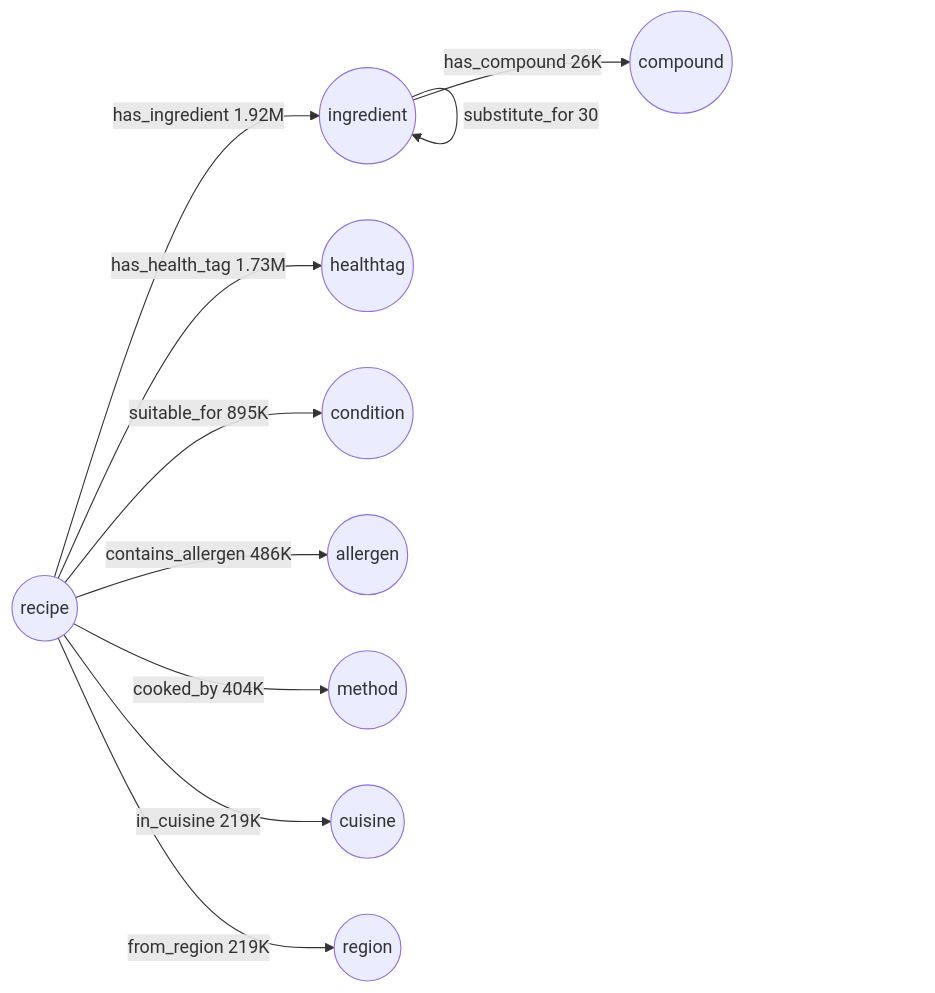
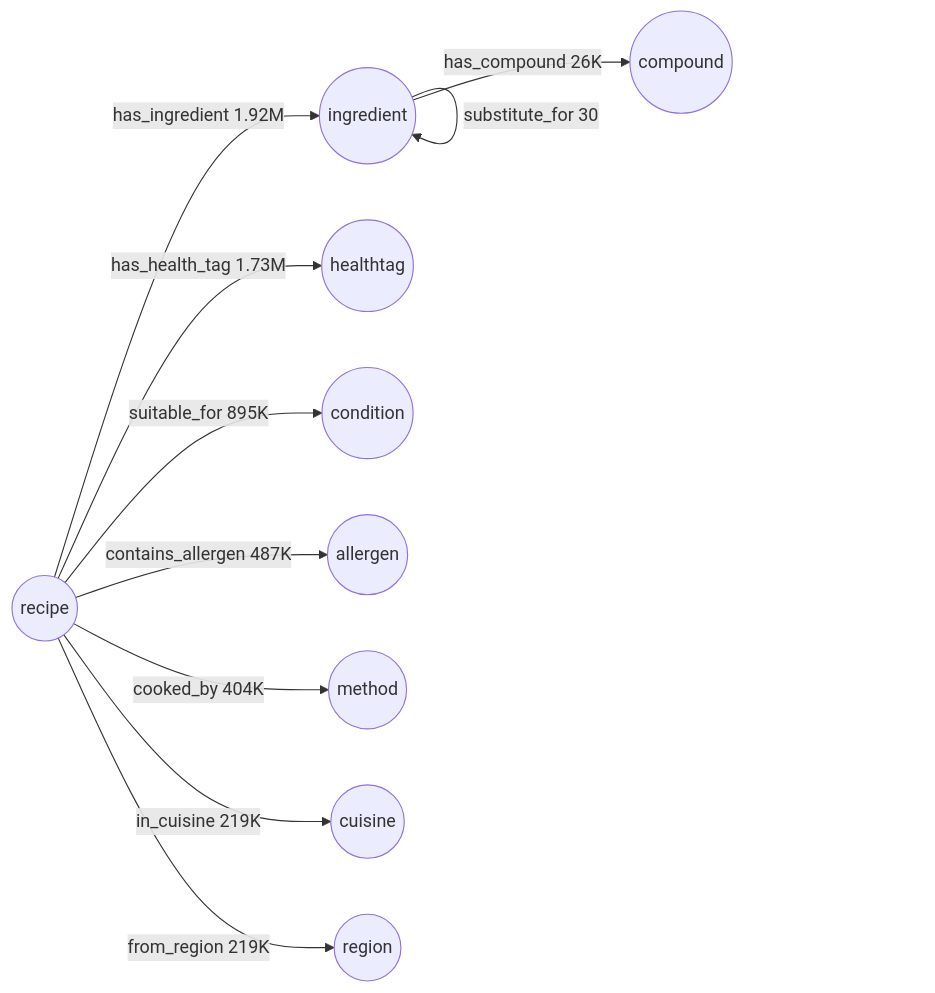
One commit to Poshaka-Research-Lab/IndicRecipeNutri-dataset changed the second of 2 diagrams in README.md. Above: the diagram before and after it, drawn with Mermaid. The commit also changed other lines of this file and 44 other files, not shown here.

````diff
--- a/README.md
+++ b/README.md
@@ -323,13 +323,13 @@
 ```mermaid
 graph LR
     R((recipe)) -->|has_ingredient 1.92M| I((ingredient))
     R -->|has_health_tag 1.73M| H((healthtag))
     R -->|suitable_for 895K| D((condition))
-    R -->|contains_allergen 486K| A((allergen))
+    R -->|contains_allergen 487K| A((allergen))
     R -->|cooked_by 404K| M((method))
     R -->|in_cuisine 219K| C((cuisine))
     R -->|from_region 219K| G((region))
     I -->|has_compound 26K| P((compound))
     I -->|pairs_with 3.3K| I
     I -->|substitute_for 30| I
 ```
````
